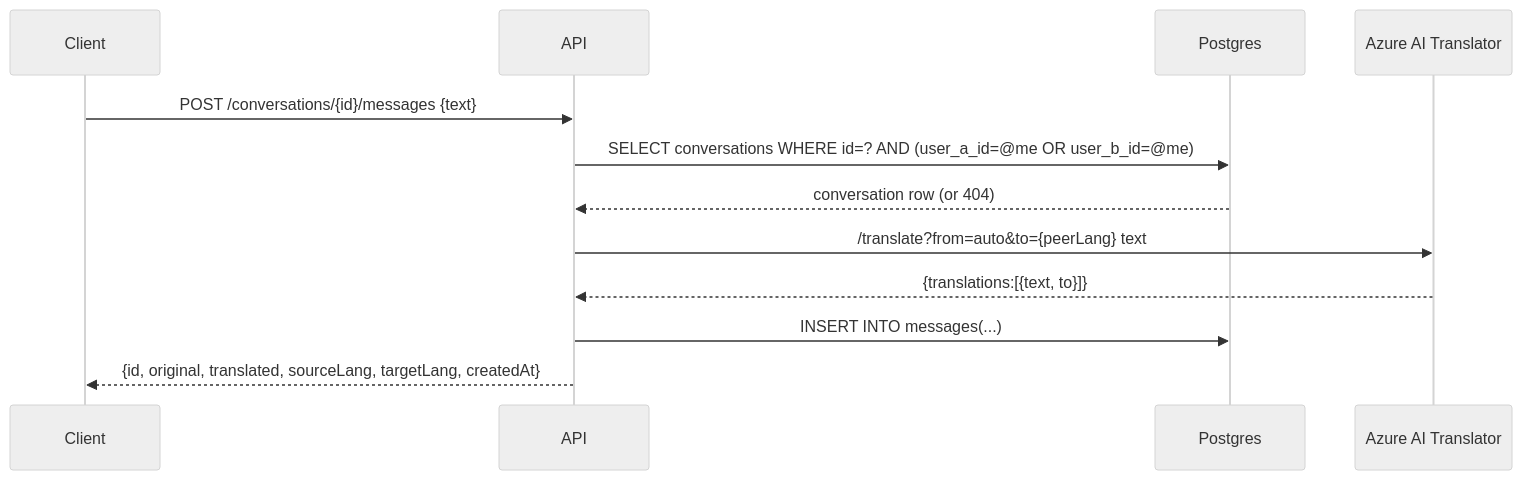
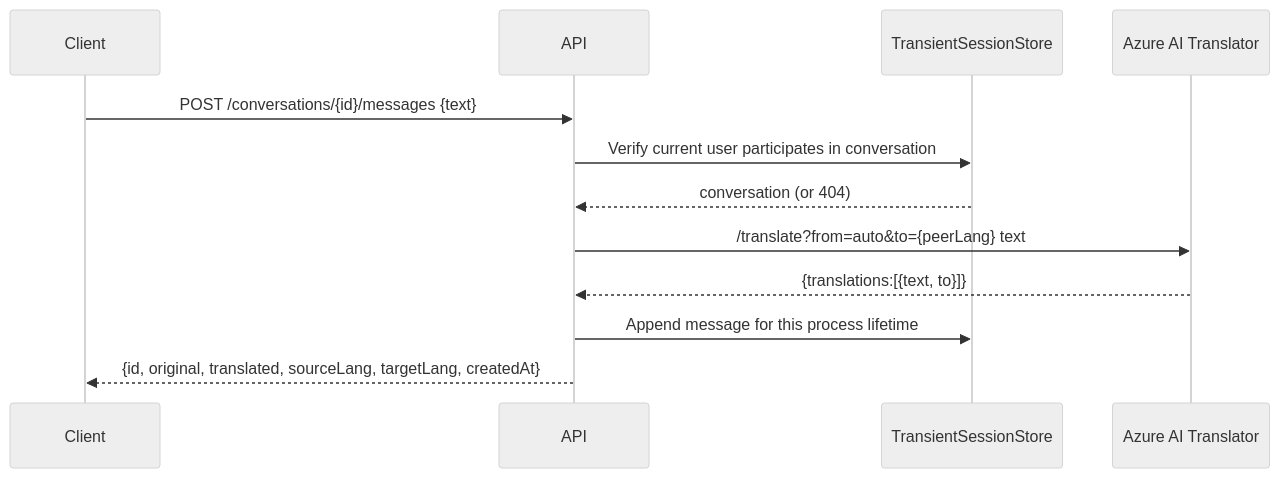
Before and after one commit to Azure-Samples/microsoft-foundry-basic: the first of 4 diagrams in docs/translator-design.md, drawn with Mermaid (neutral theme). The commit also changed other lines of this file and 44 other files, not shown here.

````diff
--- a/docs/translator-design.md
+++ b/docs/translator-design.md
@@ -284,14 +208,14 @@
 ```mermaid
 sequenceDiagram
   participant C as Client
   participant A as API
-  participant PG as Postgres
+  participant TS as TransientSessionStore
   participant T as Azure AI Translator
   C->>A: POST /conversations/{id}/messages {text}
-  A->>PG: SELECT conversations WHERE id=? AND (user_a_id=@me OR user_b_id=@me)
-  PG-->>A: conversation row (or 404)
+  A->>TS: Verify current user participates in conversation
+  TS-->>A: conversation (or 404)
   A->>T: /translate?from=auto&to={peerLang} text
   T-->>A: {translations:[{text, to}]}
-  A->>PG: INSERT INTO messages(...)
+  A->>TS: Append message for this process lifetime
   A-->>C: {id, original, translated, sourceLang, targetLang, createdAt}
 ```
````
